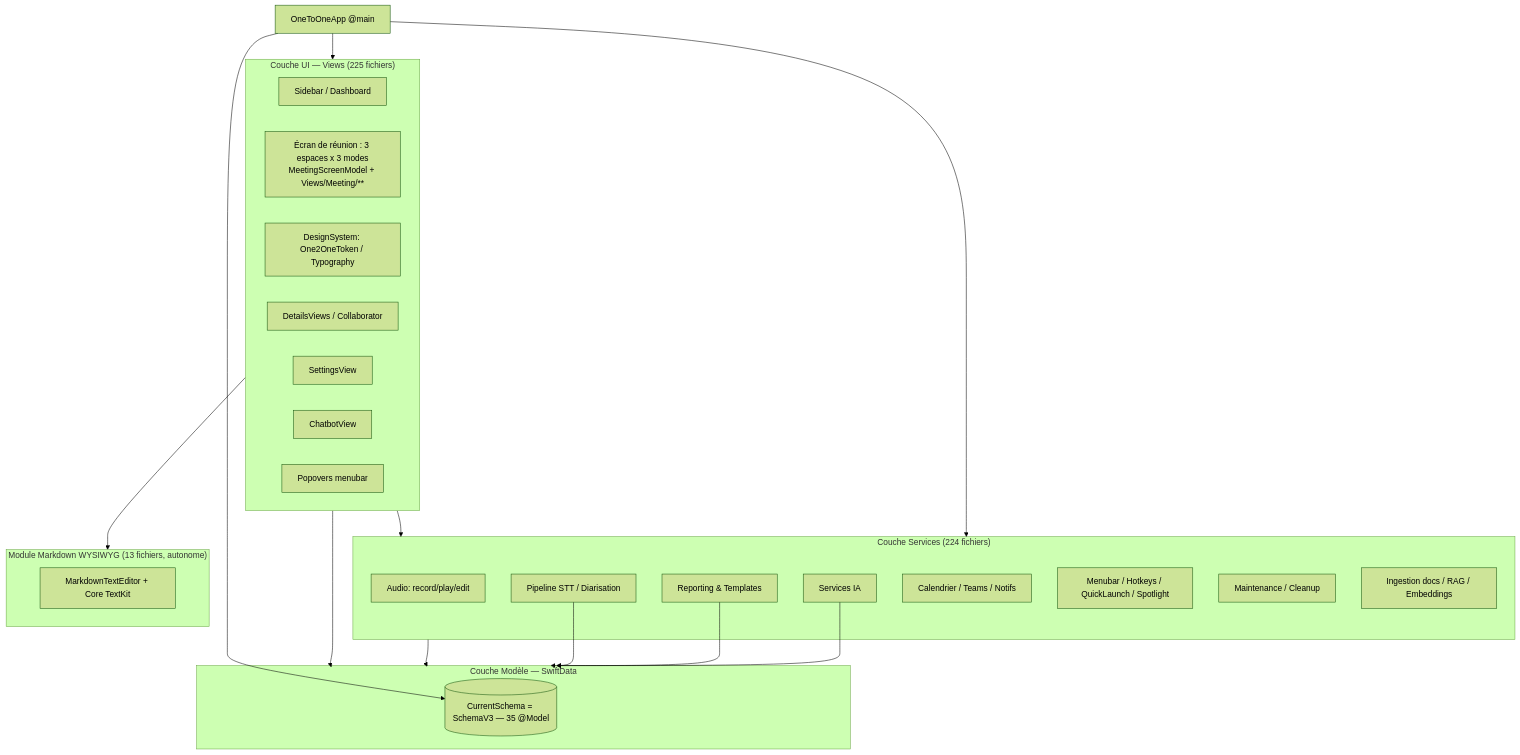
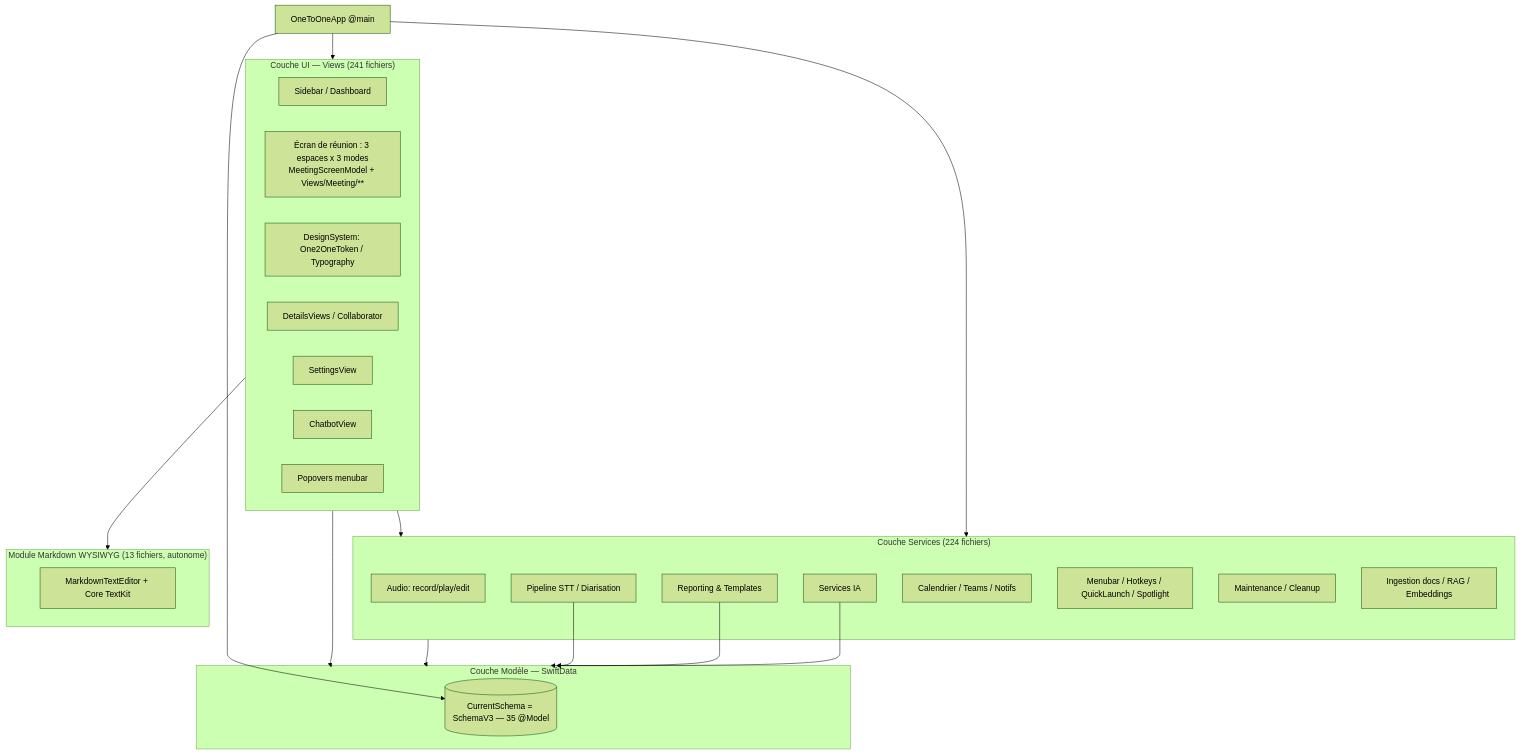
The first of 5 diagrams in docs/architecture.md (ldb2000/One2One), drawn with Mermaid (forest theme) before and after one commit. The commit also changed other lines of this file and 2 other files, not shown here.

First line of the commit message:
docs: §8 d'architecture.md, manifeste et journal du lot 1

````diff
--- a/docs/architecture.md
+++ b/docs/architecture.md
@@ -68,43 +68,43 @@
 ```mermaid
 graph TD
-    subgraph UI["Couche UI — Views (225 fichiers)"]
+    subgraph UI["Couche UI — Views (241 fichiers)"]
         SIDEBAR[Sidebar / Dashboard]
         MEETING["Écran de réunion : 3 espaces x 3 modes<br/>MeetingScreenModel + Views/Meeting/**"]
         TOKENS[DesignSystem: One2OneToken / Typography]
         DETAILS[DetailsViews / Collaborator]
         SETTINGS[SettingsView]
         CHATBOT[ChatbotView]
         MENUBAR_UI[Popovers menubar]
     end
 
     subgraph SVC["Couche Services (224 fichiers)"]
         AI[Services IA]
         STT[Pipeline STT / Diarisation]
         REPORT[Reporting & Templates]
         AUDIO[Audio: record/play/edit]
         CAL[Calendrier / Teams / Notifs]
         SYS[Menubar / Hotkeys / QuickLaunch / Spotlight]
         MAINT[Maintenance / Cleanup]
         IMPORT[Ingestion docs / RAG / Embeddings]
     end
 
     subgraph MODEL["Couche Modèle — SwiftData"]
         SCHEMA[("CurrentSchema = SchemaV3 — 35 @Model")]
     end
 
     subgraph MD["Module Markdown WYSIWYG (13 fichiers, autonome)"]
         EDITOR[MarkdownTextEditor + Core TextKit]
     end
 
     UI --> SVC
     UI --> MODEL
     SVC --> MODEL
     UI --> MD
     STT --> MODEL
     REPORT --> MODEL
     AI --> MODEL
 
     APP[OneToOneApp @main] --> UI
     APP --> SVC
     APP --> SCHEMA
 ```
````
